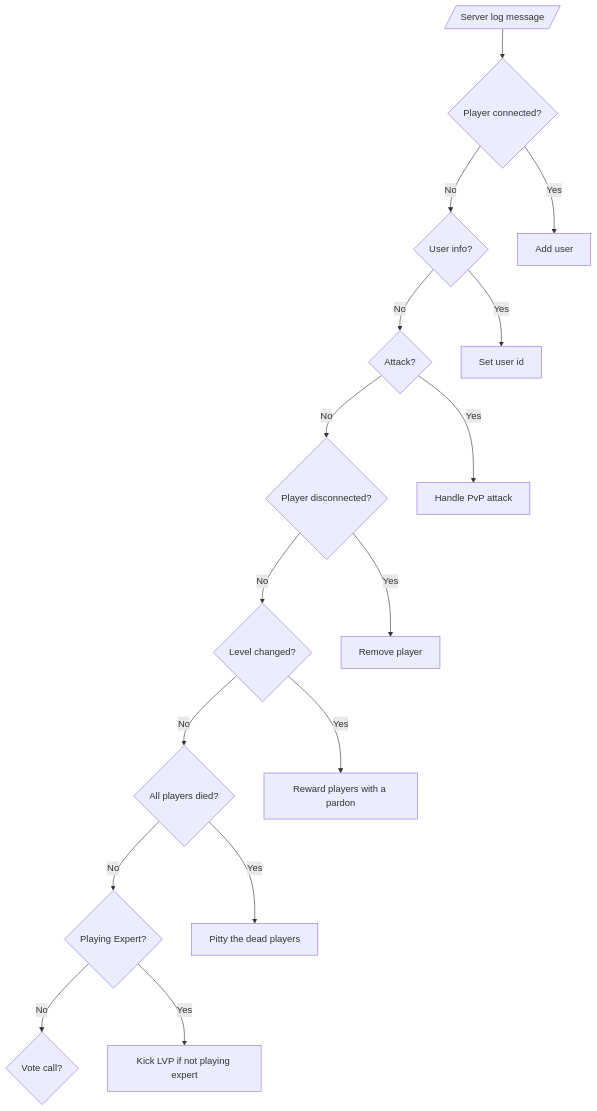
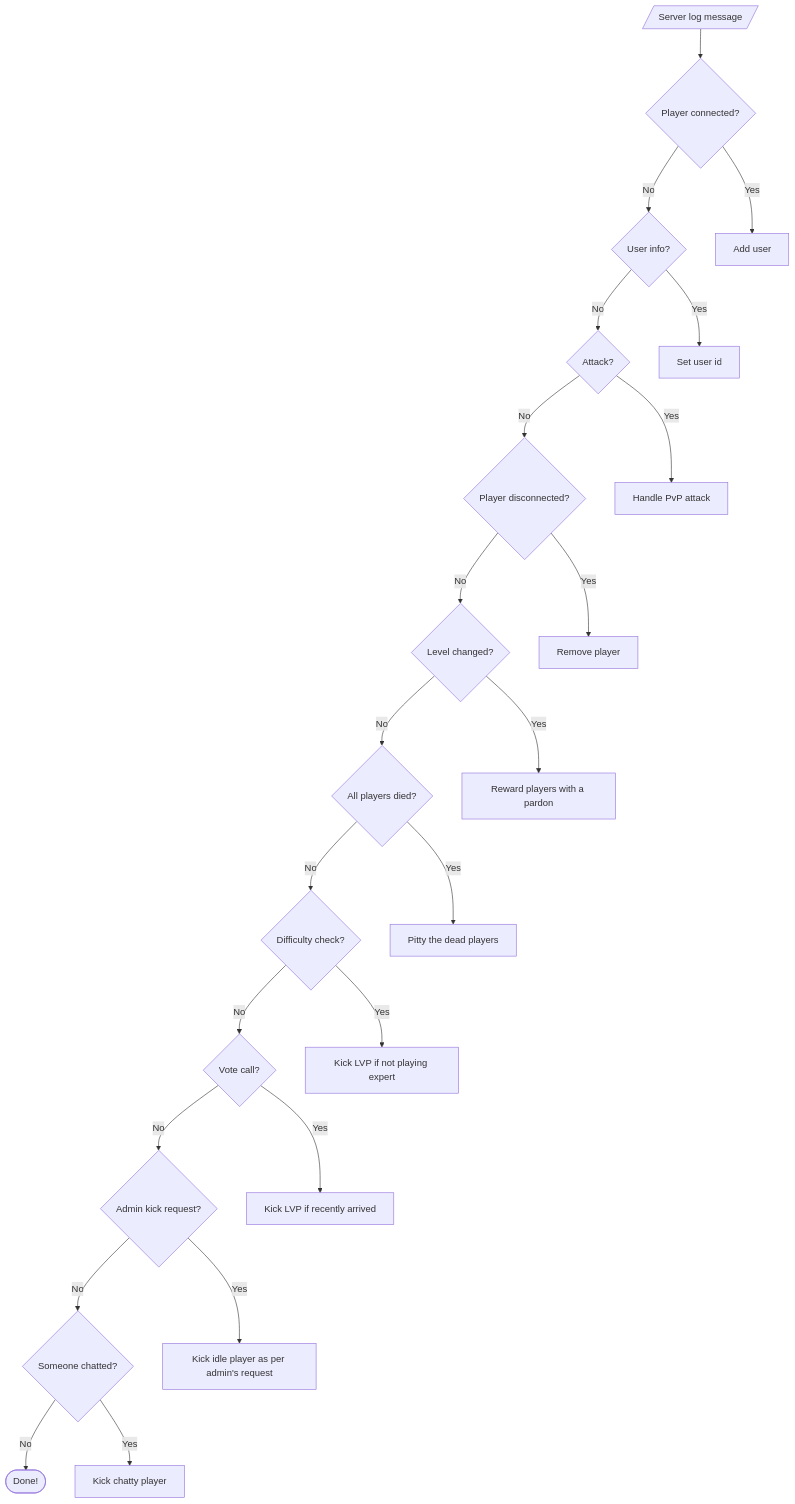
Before and after one commit to carlosjhr64/l4d2-observer: the diagram in README.md, drawn with Mermaid.

Commit message:
mermaid - progress

````diff
--- a/README.md
+++ b/README.md
@@ -32,18 +32,24 @@
 ```mermaid
 flowchart TD;
   LogMsg[/Server log message/] --> Connected{Player connected?};
   Connected -->|No| UserInfo{User info?};
   Connected -->|Yes| ProcessConnected[Add user];
   UserInfo -->|No| Attack{Attack?};
   UserInfo -->|Yes| ProcessUserInfo[Set user id];
   Attack -->|No| Dropped{Player disconnected?};
   Attack -->|Yes| ProcessAttack[Handle PvP attack]
   Dropped -->|No| ChangeLevel{Level changed?}
   Dropped -->|Yes| ProcessDropped[Remove player]
   ChangeLevel -->|No| InitDirectorScript{All players died?}
   ChangeLevel -->|Yes| ProcessChangeLevel[Reward players with a pardon]
-  InitDirectorScript -->|No| DifficultyCheck{Playing Expert?}
+  InitDirectorScript -->|No| DifficultyCheck{Difficulty check?}
   InitDirectorScript -->|Yes| ProcessInitDirectorScript[Pitty the dead players]
   DifficultyCheck -->|No| PotentialVote{Vote call?}
   DifficultyCheck -->|Yes| ProcessDifficultyCheck[Kick LVP if not playing expert] 
+  PotentialVote --> |No| IdleKick{Admin kick request?}
+  PotentialVote --> |Yes| ProcessPotentialVote[Kick LVP if recently arrived]
+  IdleKick --> |No| Chat{Someone chatted?}
+  IdleKick --> |Yes| ProcessIdleKick[Kick idle player as per admin's request]
+  Chat --> |No| Stop([Done!])
+  Chat --> |Yes| ProcessChat[Kick chatty player]
 ```
````
